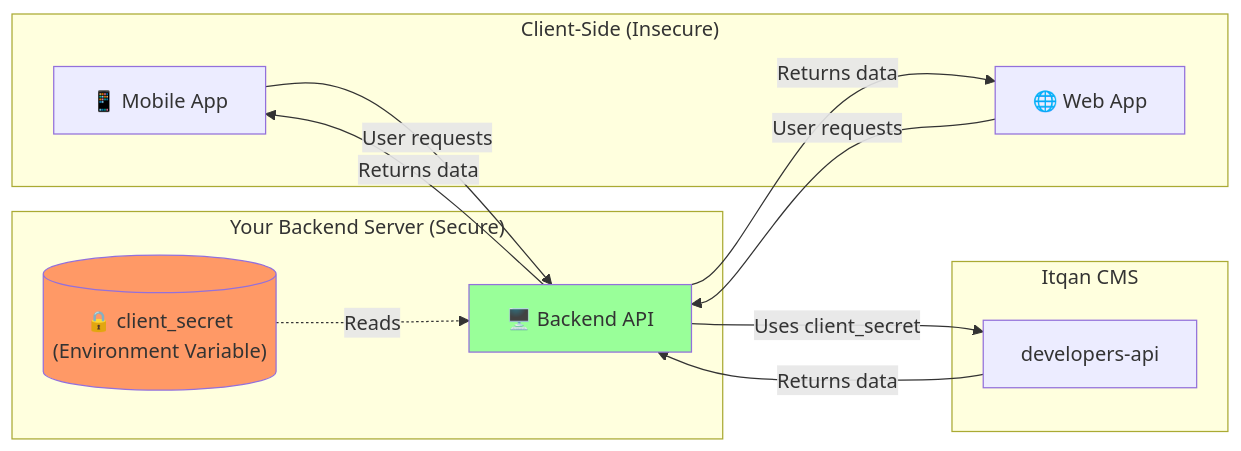
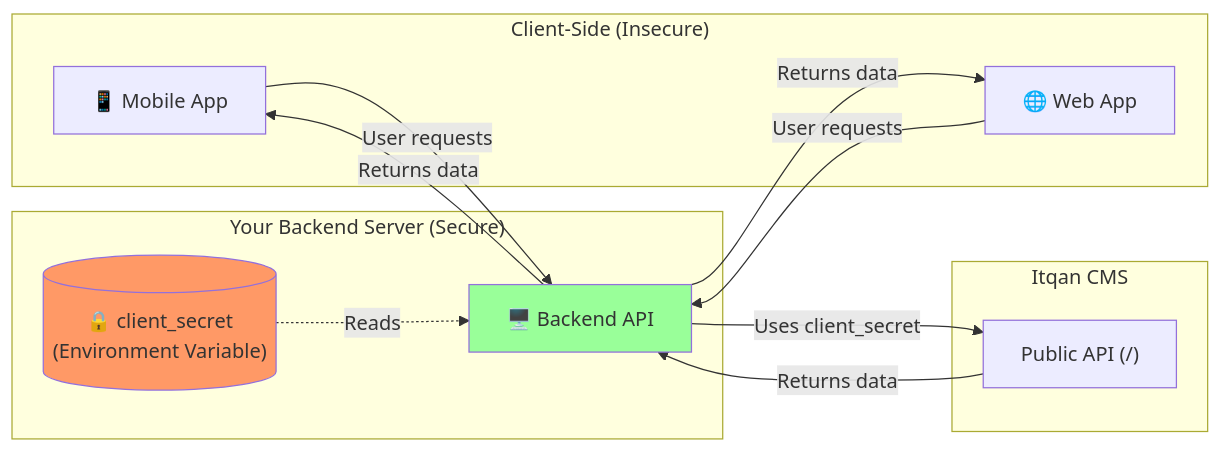
One commit to Itqan-community/cms-backend changed the seventh of 8 diagrams in docs/AUTHENTICATION.md. Above: the diagram before and after it, drawn with Mermaid. The commit also changed other lines of this file and 4 other files, not shown here.

Commit message:
remove /developers-api

````diff
--- a/docs/AUTHENTICATION.md
+++ b/docs/AUTHENTICATION.md
@@ -283,25 +283,25 @@
 ```mermaid
 flowchart LR
     subgraph Client["Client-Side (Insecure)"]
         Mobile["📱 Mobile App"]
         Web["🌐 Web App"]
     end
 
     subgraph Backend["Your Backend Server (Secure)"]
         Server["🖥️ Backend API"]
         Secrets[("🔒 client_secret<br/>(Environment Variable)")]
     end
 
     subgraph Itqan["Itqan CMS"]
-        DevAPI["developers-api"]
+        DevAPI["Public API (/)"]
     end
 
     Mobile & Web -->|"User requests"| Server
     Server -->|"Uses client_secret"| DevAPI
     Secrets -.->|"Reads"| Server
     DevAPI -->|"Returns data"| Server
     Server -->|"Returns data"| Mobile & Web
 
     style Secrets fill:#f96
     style Server fill:#9f9
 ```
````
